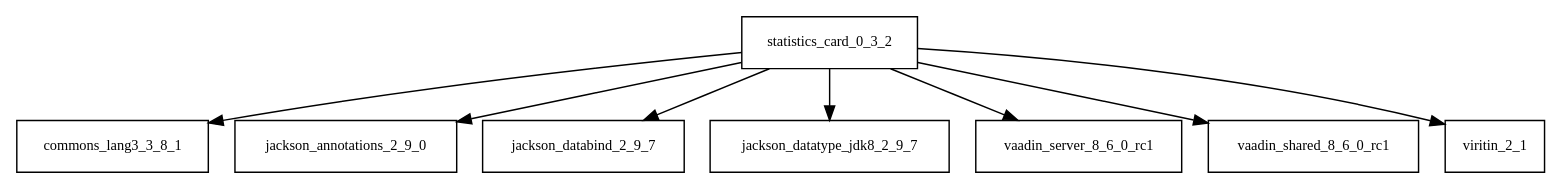
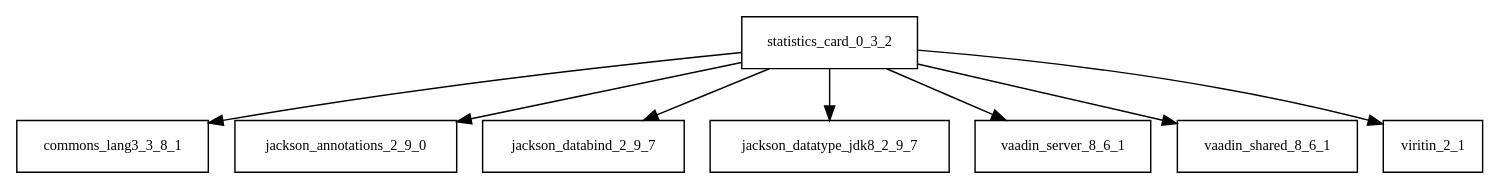
Before and after one commit to Hack23/cia: the diagram in tattleTaleReport/graphviz/statistics-card-0.3.2.jar/statistics-card-0.3.2.jar.dot, drawn with Graphviz. The commit also changed 4165 other files, not shown here.

```diff
--- a/tattleTaleReport/graphviz/statistics-card-0.3.2.jar/statistics-card-0.3.2.jar.dot
+++ b/tattleTaleReport/graphviz/statistics-card-0.3.2.jar/statistics-card-0.3.2.jar.dot
@@ -1,10 +1,10 @@
 digraph statistics_card_0_3_2_dependencies {
   node [shape = box, fontsize=10.0];
   statistics_card_0_3_2 -> commons_lang3_3_8_1;
   statistics_card_0_3_2 -> jackson_annotations_2_9_0;
   statistics_card_0_3_2 -> jackson_databind_2_9_7;
   statistics_card_0_3_2 -> jackson_datatype_jdk8_2_9_7;
-  statistics_card_0_3_2 -> vaadin_server_8_6_0_rc1;
-  statistics_card_0_3_2 -> vaadin_shared_8_6_0_rc1;
+  statistics_card_0_3_2 -> vaadin_server_8_6_1;
+  statistics_card_0_3_2 -> vaadin_shared_8_6_1;
   statistics_card_0_3_2 -> viritin_2_1;
 }
```
